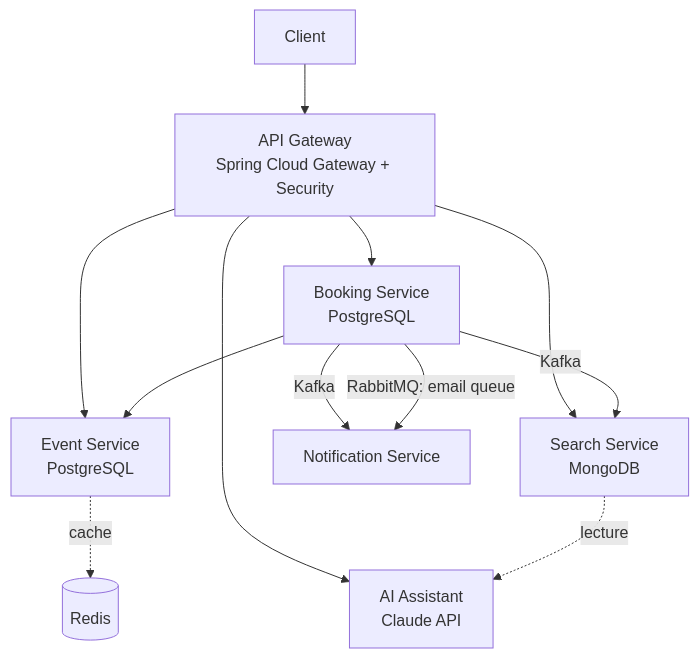
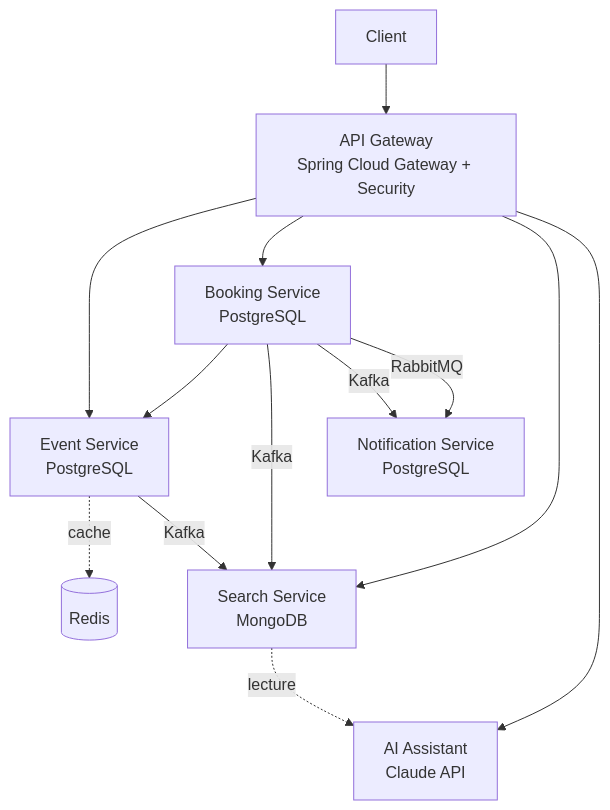
One commit to EmanuelleFSS/eventbooking changed the diagram in README.md. Above: the diagram before and after it, drawn with Mermaid. The commit also changed other lines of this file, not shown here.

`````diff
--- a/README.md
+++ b/README.md
@@ -9,18 +9,19 @@
 ````mermaid
 graph TD
     Client[Client] --> Gateway[API Gateway<br/>Spring Cloud Gateway + Security]
 
     Gateway --> Event[Event Service<br/>PostgreSQL]
     Gateway --> Booking[Booking Service<br/>PostgreSQL]
     Gateway --> Search[Search Service<br/>MongoDB]
     Gateway --> Assistant[AI Assistant<br/>Claude API]
 
     Event -.->|cache| Redis[(Redis)]
+    Event -->|Kafka | Search
 
     Booking --> Event
     Booking -->|Kafka | Search
-    Booking -->|Kafka | Notif[Notification Service]
-    Booking -->|RabbitMQ: email queue| Notif
+    Booking -->|Kafka | Notif[Notification Service<br/>PostgreSQL]
+    Booking -->|RabbitMQ | Notif
 
     Search -.->|lecture| Assistant
 ````
`````
